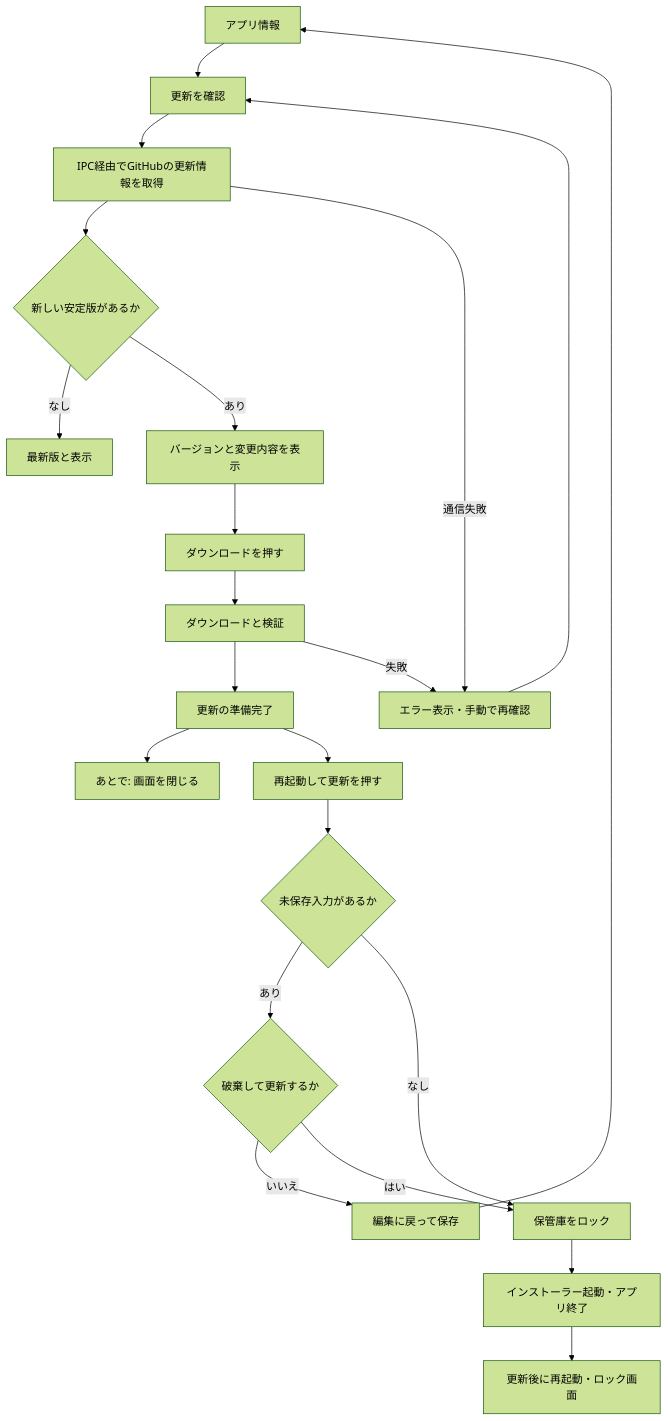
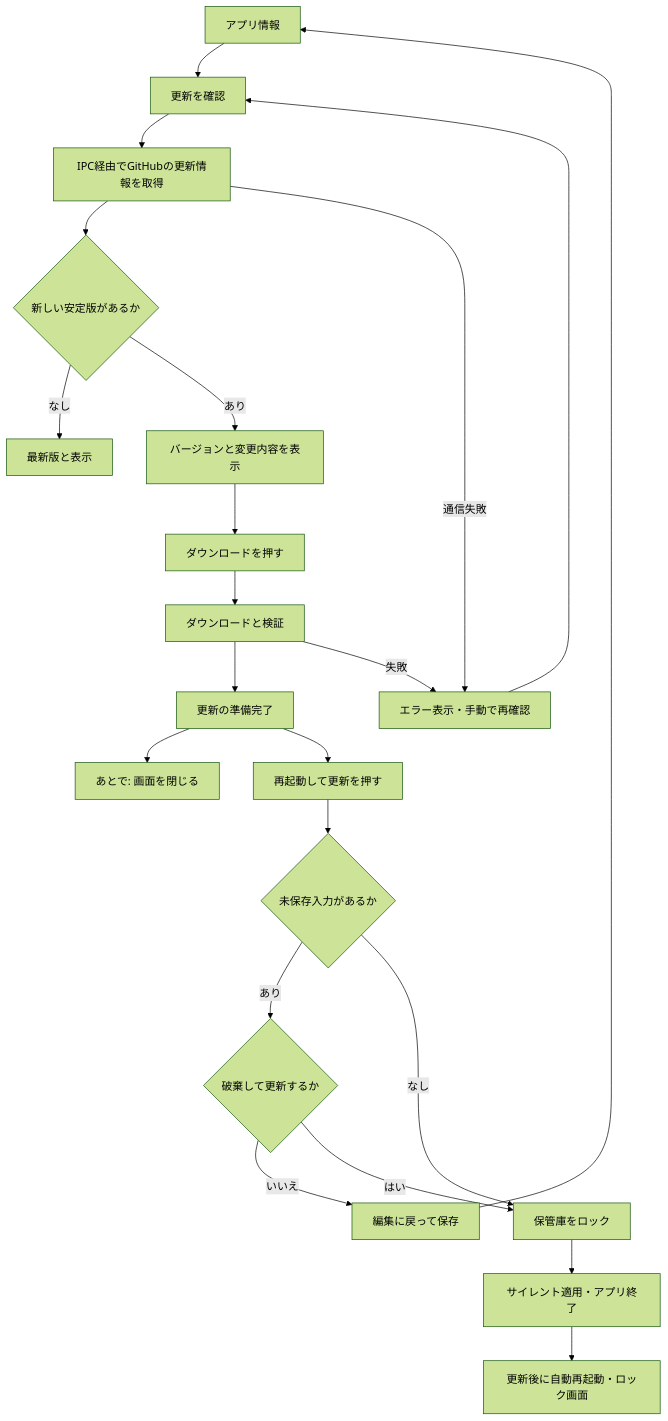
Before and after one commit to Termnix-IT/CIPHER-VAULT: the diagram in docs/ワークフロー/04-手動更新.md, drawn with Mermaid (forest theme). The commit also changed other lines of this file and 17 other files, not shown here.

````diff
--- a/docs/ワークフロー/04-手動更新.md
+++ b/docs/ワークフロー/04-手動更新.md
@@ -5,24 +5,24 @@
 ```mermaid
 flowchart TD
     info[アプリ情報] --> check[更新を確認]
     check --> request[IPC経由でGitHubの更新情報を取得]
     request --> result{新しい安定版があるか}
     result -- なし --> current[最新版と表示]
     result -- あり --> available[バージョンと変更内容を表示]
     available --> download[ダウンロードを押す]
     download --> verify[ダウンロードと検証]
     verify --> ready[更新の準備完了]
     ready --> later[あとで: 画面を閉じる]
     ready --> install[再起動して更新を押す]
     install --> dirty{未保存入力があるか}
     dirty -- あり --> confirm{破棄して更新するか}
     confirm -- いいえ --> edit[編集に戻って保存]
     edit --> info
     confirm -- はい --> lock[保管庫をロック]
     dirty -- なし --> lock
-    lock --> installer[インストーラー起動・アプリ終了]
-    installer --> restart[更新後に再起動・ロック画面]
+    lock --> installer[サイレント適用・アプリ終了]
+    installer --> restart[更新後に自動再起動・ロック画面]
     request -- 通信失敗 --> error[エラー表示・手動で再確認]
     verify -- 失敗 --> error
     error --> check
 ```
````
